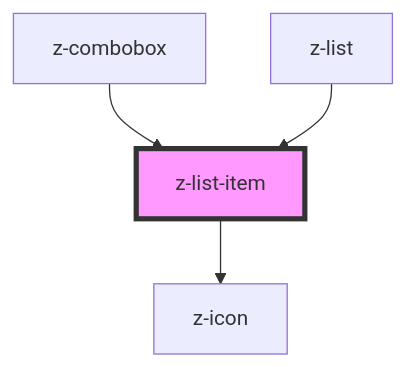
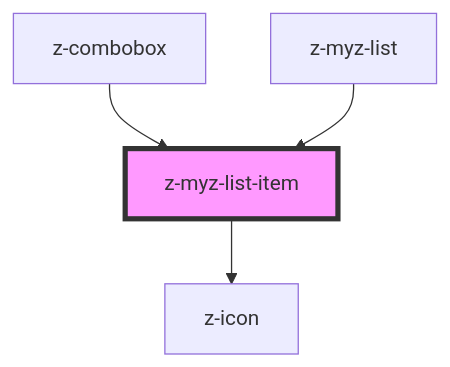
One commit to ZanichelliEditore/design-system changed the diagram in src/snowflakes/myz/list/z-myz-list-item/readme.md. Above: the diagram before and after it, drawn with Mermaid. The commit also changed other lines of this file and 7 other files, not shown here.

````diff
--- a/src/snowflakes/myz/list/z-myz-list-item/readme.md
+++ b/src/snowflakes/myz/list/z-myz-list-item/readme.md
@@ -44,7 +46,7 @@
 ```mermaid
 graph TD;
-  z-list-item --> z-icon
-  z-combobox --> z-list-item
-  z-list --> z-list-item
-  style z-list-item fill:#f9f,stroke:#333,stroke-width:4px
+  z-myz-list-item --> z-icon
+  z-combobox --> z-myz-list-item
+  z-myz-list --> z-myz-list-item
+  style z-myz-list-item fill:#f9f,stroke:#333,stroke-width:4px
 ```
````
